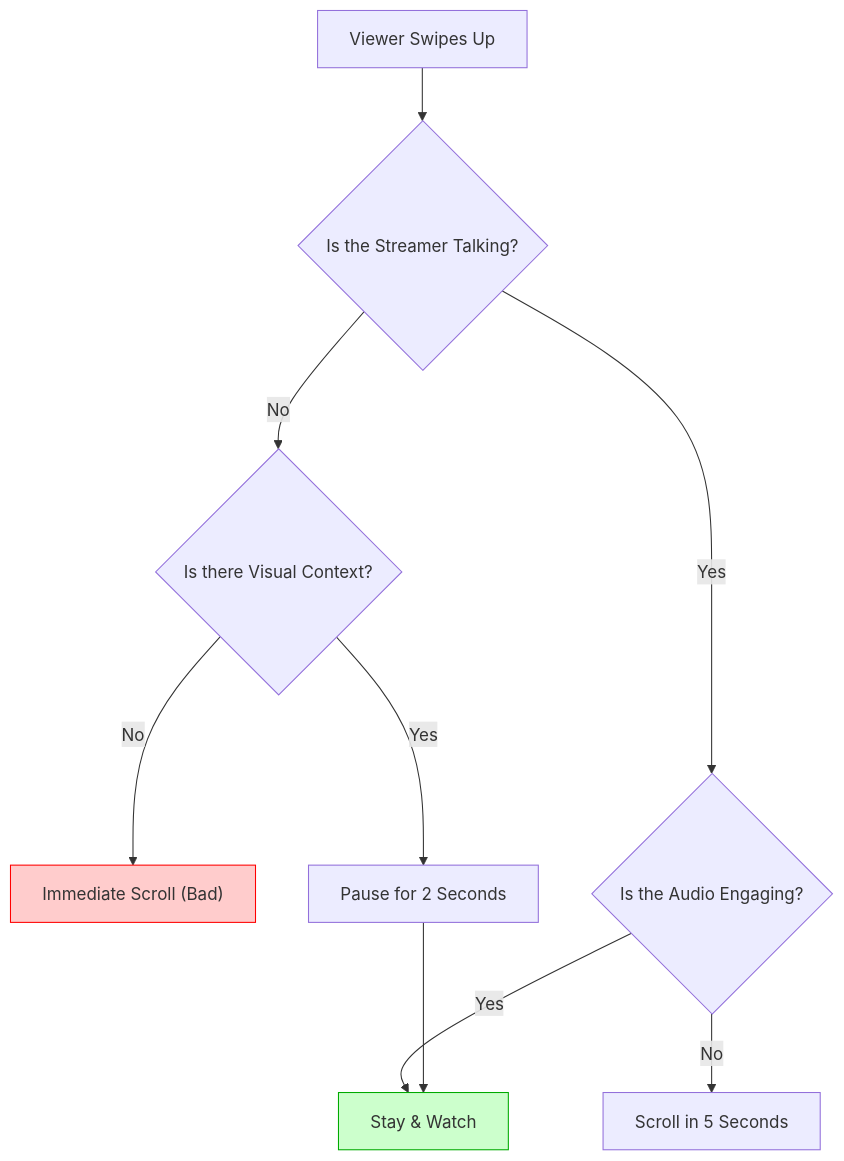
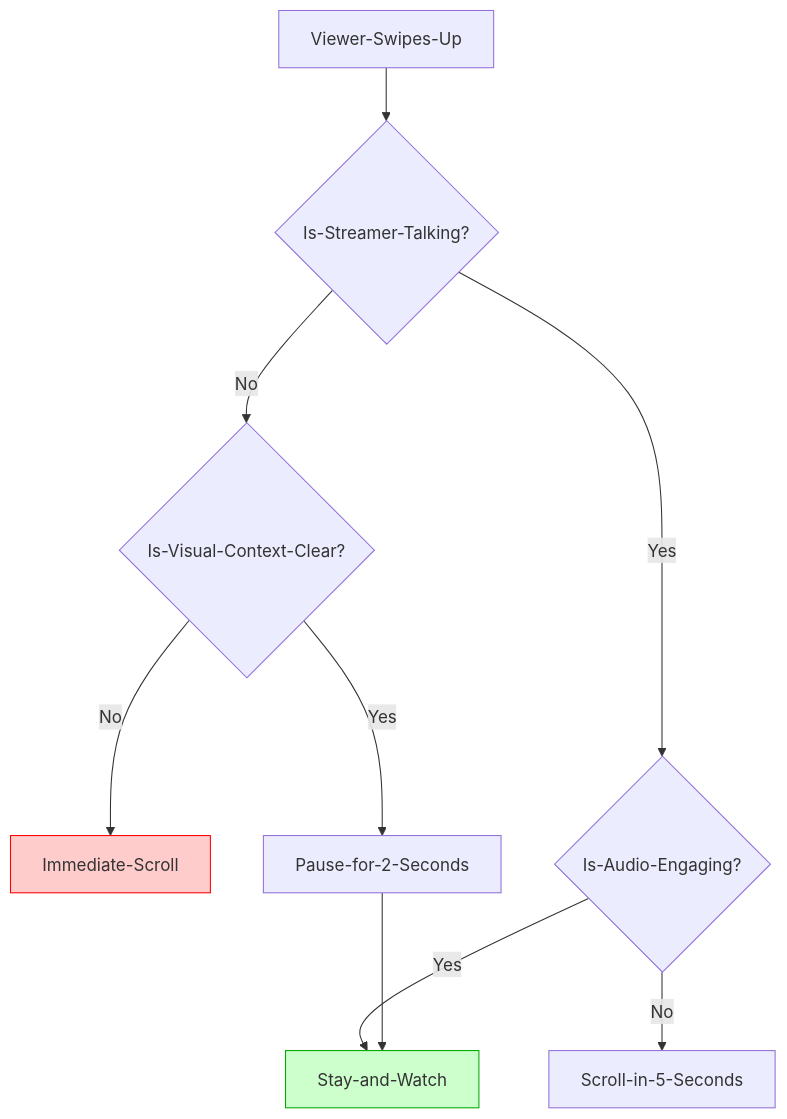
One commit to littl3-boat/ttwise changed the diagram in data/blog/tiktok-live-gaming-retention-problems-fix-2026.mdx. Above: the diagram before and after it, drawn with Mermaid. The commit also changed 35 other files, not shown here.

First line of the commit message:
feat: fix Mermaid diagram syntax across blog posts and add new Reddit-sourced blog entries

````diff
--- a/data/blog/tiktok-live-gaming-retention-problems-fix-2026.mdx
+++ b/data/blog/tiktok-live-gaming-retention-problems-fix-2026.mdx
@@ -34,14 +34,14 @@
 ```mermaid
-graph TD
-    A[Viewer Swipes Up] --> B{Is the Streamer Talking?}
-    B -- No --> C{Is there Visual Context?}
-    C -- No --> D["Immediate Scroll (Bad)"]
-    C -- Yes --> E["Pause for 2 Seconds"]
-    B -- Yes --> F{Is the Audio Engaging?}
-    F -- No --> G[Scroll in 5 Seconds]
-    F -- Yes --> H[Stay & Watch]
+flowchart TD
+    A[Viewer-Swipes-Up] --> B{Is-Streamer-Talking?}
+    B -- No --> C{Is-Visual-Context-Clear?}
+    C -- No --> D[Immediate-Scroll]
+    C -- Yes --> E[Pause-for-2-Seconds]
+    B -- Yes --> F{Is-Audio-Engaging?}
+    F -- No --> G[Scroll-in-5-Seconds]
+    F -- Yes --> H[Stay-and-Watch]
     E --> H
 
     style D fill:#ffcccc,stroke:#ff0000
     style H fill:#ccffcc,stroke:#00aa00
 ```
````
